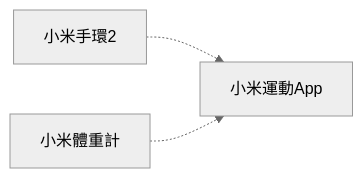
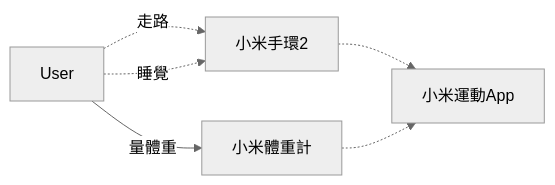
The second of 6 diagrams in source/_posts/personal-automation-in-2017.md (gasolin/blog), drawn with Mermaid (neutral theme) before and after one commit. The commit also changed other lines of this file, not shown here.

Commit message:
add user as start point

```diff
--- a/source/_posts/personal-automation-in-2017.md
+++ b/source/_posts/personal-automation-in-2017.md
@@ -37,5 +40,8 @@
 {% mermaid %}
 graph LR
+User -. 走路 .-> 小米手環2
+User -. 睡覺 .-> 小米手環2
+User -- 量體重 --> 小米體重計
 小米手環2 -.-> 小米運動App
 小米體重計 -.-> 小米運動App
 {% endmermaid %}
```
